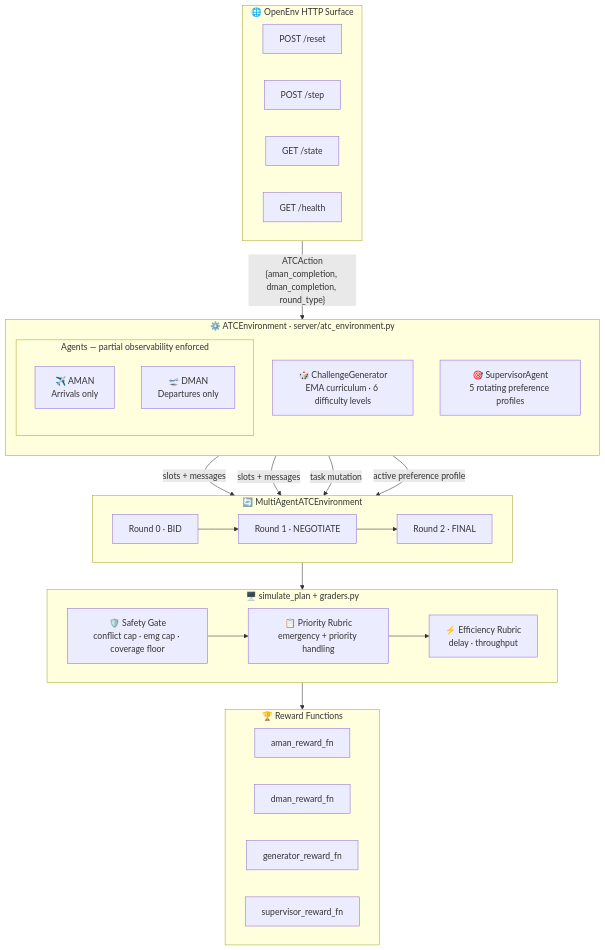
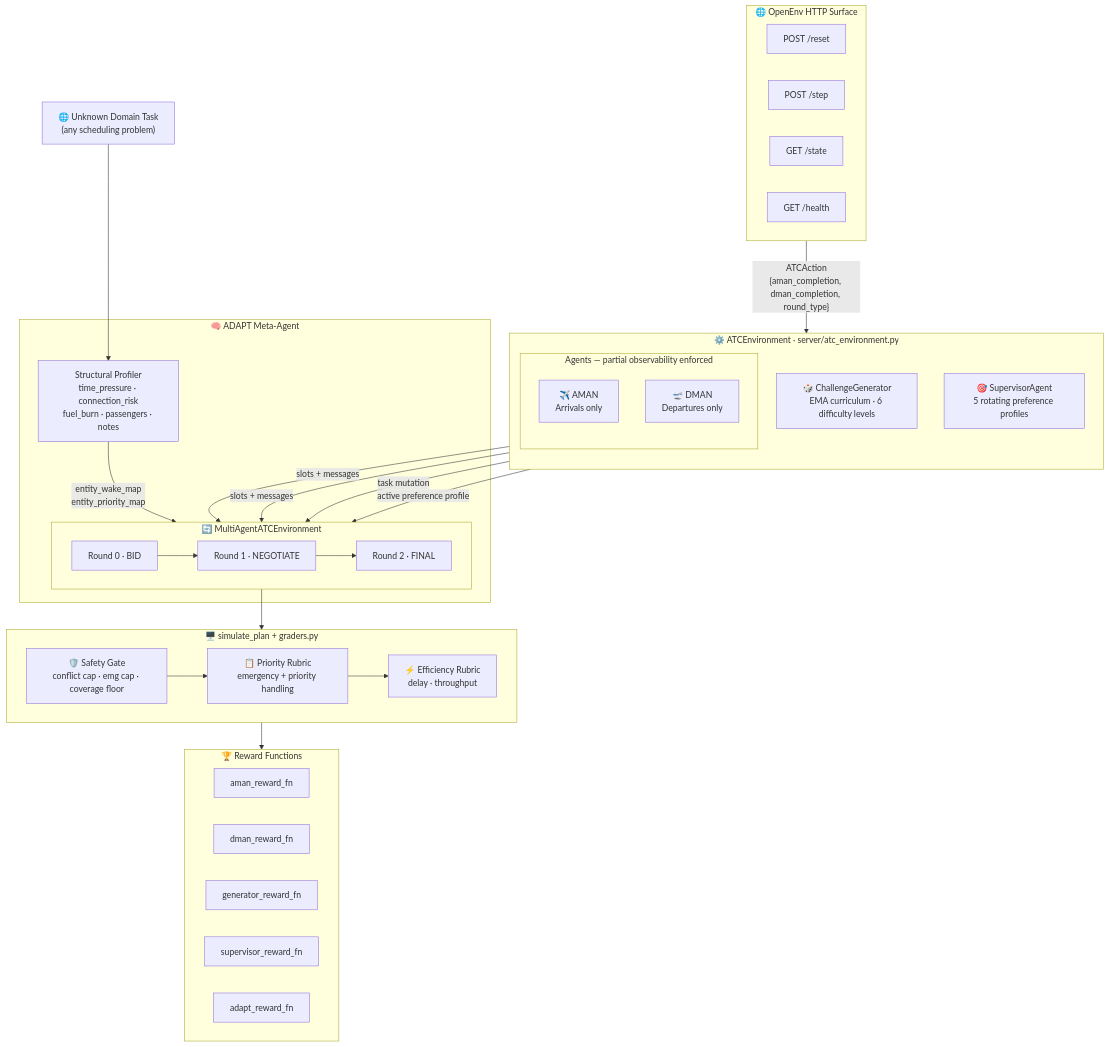
Before and after one commit to yvishi/ats: the diagram in README.md, drawn with Mermaid. The commit also changed other lines of this file, not shown here.

Commit message:
docs: add ADAPT narrative section — structural domain transfer storytelling

````diff
--- a/README.md
+++ b/README.md
@@ -107,47 +111,55 @@
 ```mermaid
 graph TD
     subgraph HTTP["🌐 OpenEnv HTTP Surface"]
         R1["POST /reset"]
         R2["POST /step"]
         R3["GET /state"]
         R4["GET /health"]
     end
 
     HTTP -->|"ATCAction\n{aman_completion, dman_completion, round_type}"| ENV
 
     subgraph ENV["⚙️ ATCEnvironment  ·  server/atc_environment.py"]
         direction TB
         subgraph Agents["Agents  —  partial observability enforced"]
             AMAN["✈️ AMAN\nArrivals only"]
             DMAN["🛫 DMAN\nDepartures only"]
         end
         GEN["🎲 ChallengeGenerator\nEMA curriculum · 6 difficulty levels"]
         SUP["🎯 SupervisorAgent\n5 rotating preference profiles"]
     end
 
     AMAN & DMAN -->|"slots + messages"| MA
     GEN -->|"task mutation"| MA
     SUP -->|"active preference profile"| MA
 
     subgraph MA["🔄 MultiAgentATCEnvironment"]
         B0["Round 0 · BID"] --> B1["Round 1 · NEGOTIATE"] --> B2["Round 2 · FINAL"]
     end
 
     MA --> SIM
 
     subgraph SIM["🖥️ simulate_plan  +  graders.py"]
         SG["🛡️ Safety Gate\nconflict cap · emg cap · coverage floor"]
         PR["📋 Priority Rubric\nemergency + priority handling"]
         EF["⚡ Efficiency Rubric\ndelay · throughput"]
         SG --> PR --> EF
     end
 
     SIM --> RW
 
     subgraph RW["🏆 Reward Functions"]
         RA["aman_reward_fn"]
         RD["dman_reward_fn"]
         RG["generator_reward_fn"]
         RS["supervisor_reward_fn"]
+        RADAPT["adapt_reward_fn"]
     end
+
+    subgraph ADAPT_LAYER["🧠 ADAPT Meta-Agent"]
+        ADP["Structural Profiler\ntime_pressure · connection_risk\nfuel_burn · passengers · notes"]
+        ADP -->|"entity_wake_map\nentity_priority_map"| MA
+    end
+
+    DOMAIN["🌐 Unknown Domain Task\n(any scheduling problem)"] --> ADP
 ```
````
